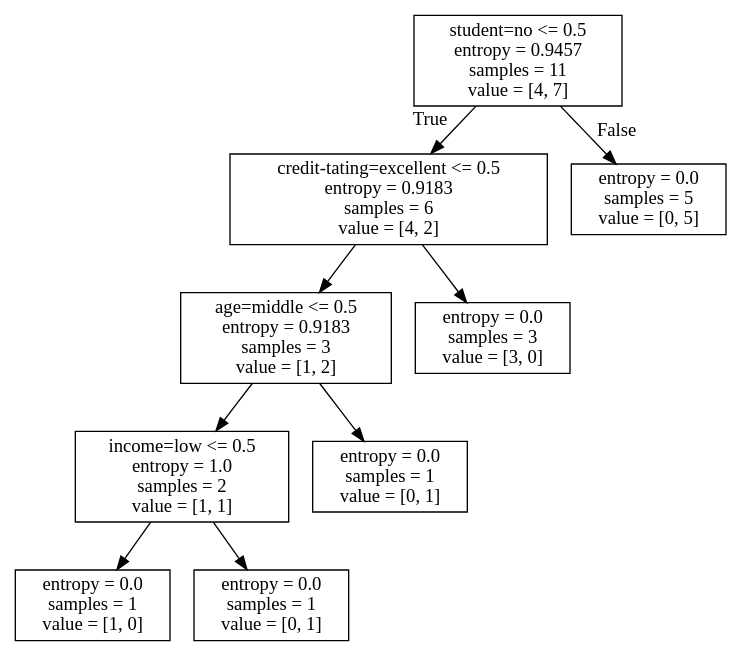
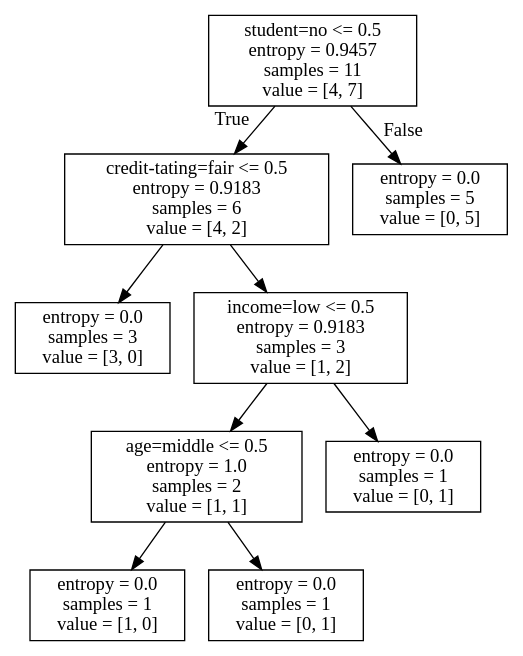
One commit to weizhen167/Deep-Learning changed the diagram in Decision tree/sample.dot. Above: the diagram before and after it, drawn with Graphviz. The commit also changed 2 other files, not shown here.

```diff
--- a/Decision tree/sample.dot
+++ b/Decision tree/sample.dot
@@ -1,20 +1,20 @@
 digraph Tree {
 node [shape=box] ;
 0 [label="student=no <= 0.5\nentropy = 0.9457\nsamples = 11\nvalue = [4, 7]"] ;
-1 [label="credit-tating=excellent <= 0.5\nentropy = 0.9183\nsamples = 6\nvalue = [4, 2]"] ;
+1 [label="credit-tating=fair <= 0.5\nentropy = 0.9183\nsamples = 6\nvalue = [4, 2]"] ;
 0 -> 1 [labeldistance=2.5, labelangle=45, headlabel="True"] ;
-2 [label="age=middle <= 0.5\nentropy = 0.9183\nsamples = 3\nvalue = [1, 2]"] ;
+2 [label="entropy = 0.0\nsamples = 3\nvalue = [3, 0]"] ;
 1 -> 2 ;
-3 [label="income=low <= 0.5\nentropy = 1.0\nsamples = 2\nvalue = [1, 1]"] ;
-2 -> 3 ;
-4 [label="entropy = 0.0\nsamples = 1\nvalue = [1, 0]"] ;
+3 [label="income=low <= 0.5\nentropy = 0.9183\nsamples = 3\nvalue = [1, 2]"] ;
+1 -> 3 ;
+4 [label="age=middle <= 0.5\nentropy = 1.0\nsamples = 2\nvalue = [1, 1]"] ;
 3 -> 4 ;
-5 [label="entropy = 0.0\nsamples = 1\nvalue = [0, 1]"] ;
-3 -> 5 ;
+5 [label="entropy = 0.0\nsamples = 1\nvalue = [1, 0]"] ;
+4 -> 5 ;
 6 [label="entropy = 0.0\nsamples = 1\nvalue = [0, 1]"] ;
-2 -> 6 ;
-7 [label="entropy = 0.0\nsamples = 3\nvalue = [3, 0]"] ;
-1 -> 7 ;
+4 -> 6 ;
+7 [label="entropy = 0.0\nsamples = 1\nvalue = [0, 1]"] ;
+3 -> 7 ;
 8 [label="entropy = 0.0\nsamples = 5\nvalue = [0, 5]"] ;
 0 -> 8 [labeldistance=2.5, labelangle=-45, headlabel="False"] ;
 }
```
